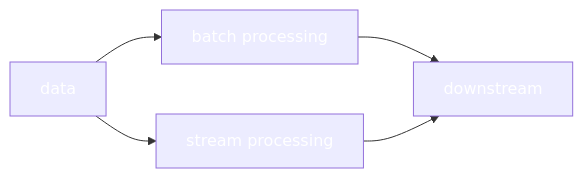
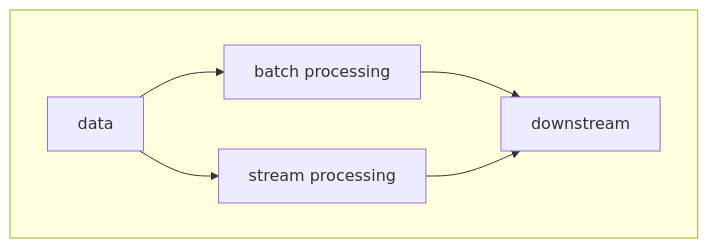
The third of 5 diagrams in docs/presentations/linkedin-meetup-2024-04-24.qmd (ibis-project/ibis), drawn with Mermaid before and after one commit. The commit also changed other lines of this file and 5 other files, not shown here.

````diff
--- a/docs/presentations/linkedin-meetup-2024-04-24.qmd
+++ b/docs/presentations/linkedin-meetup-2024-04-24.qmd
@@ -517,9 +519,10 @@
 ```{mermaid}
+%%| fig-width: 20
+%%| fig-height: 10
+%%| fig-align: center
 graph LR
-  classDef white color:white;
-  A[data] --> B[batch processing] & C[stream processing] --> D[downstream]
-  class A white;
-  class B white;
-  class C white;
-  class D white;
+  subgraph " "
+    direction LR
+    A[data] --> B[batch processing] & C[stream processing] --> D[downstream]
+  end
 ```
````
